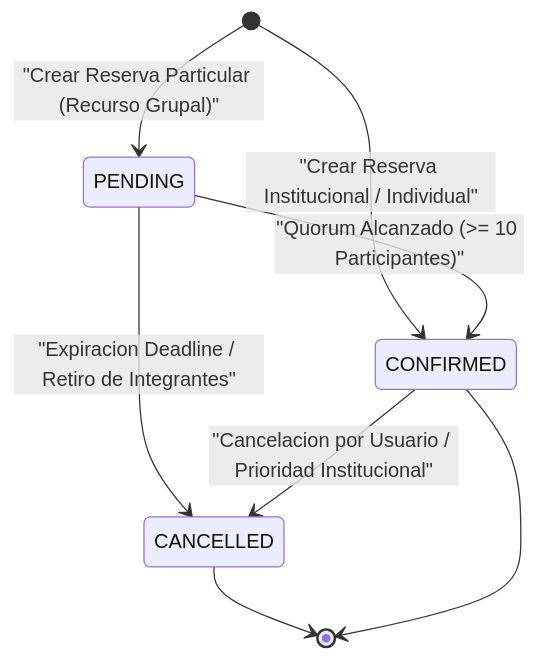
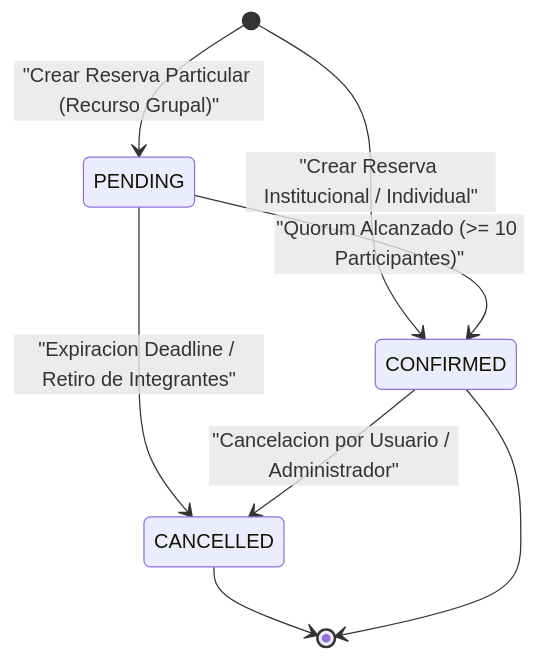
The second of 2 diagrams in docs/02-arquitectura-y-sistema.md (Nicolas-Montana-Baeza/Poli-REDI), drawn with Mermaid before and after one commit. The commit also changed other lines of this file and 4 other files, not shown here.

Commit message:
fix: update documentation for join code encryption script and clarify group flow status

````diff
--- a/docs/02-arquitectura-y-sistema.md
+++ b/docs/02-arquitectura-y-sistema.md
@@ -75,10 +84,10 @@
 ```mermaid
 stateDiagram-v2
     [*] --> PENDING : "Crear Reserva Particular (Recurso Grupal)"
     [*] --> CONFIRMED : "Crear Reserva Institucional / Individual"
     PENDING --> CONFIRMED : "Quorum Alcanzado (>= 10 Participantes)"
     PENDING --> CANCELLED : "Expiracion Deadline / Retiro de Integrantes"
-    CONFIRMED --> CANCELLED : "Cancelacion por Usuario / Prioridad Institucional"
+    CONFIRMED --> CANCELLED : "Cancelacion por Usuario / Administrador"
     CANCELLED --> [*]
     CONFIRMED --> [*]
 ```
````
